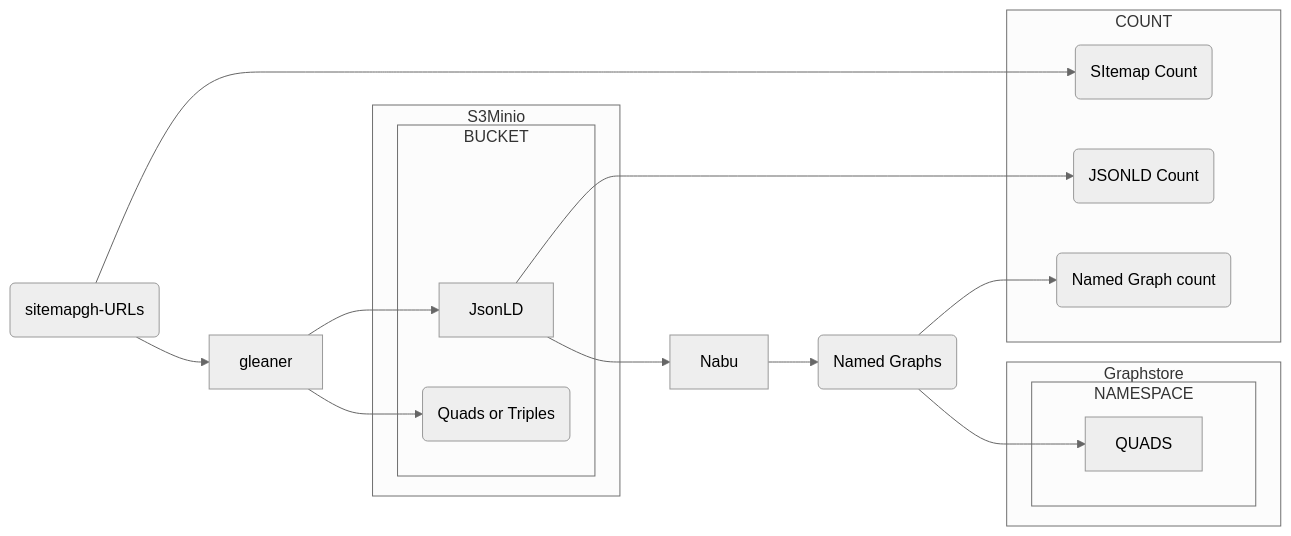
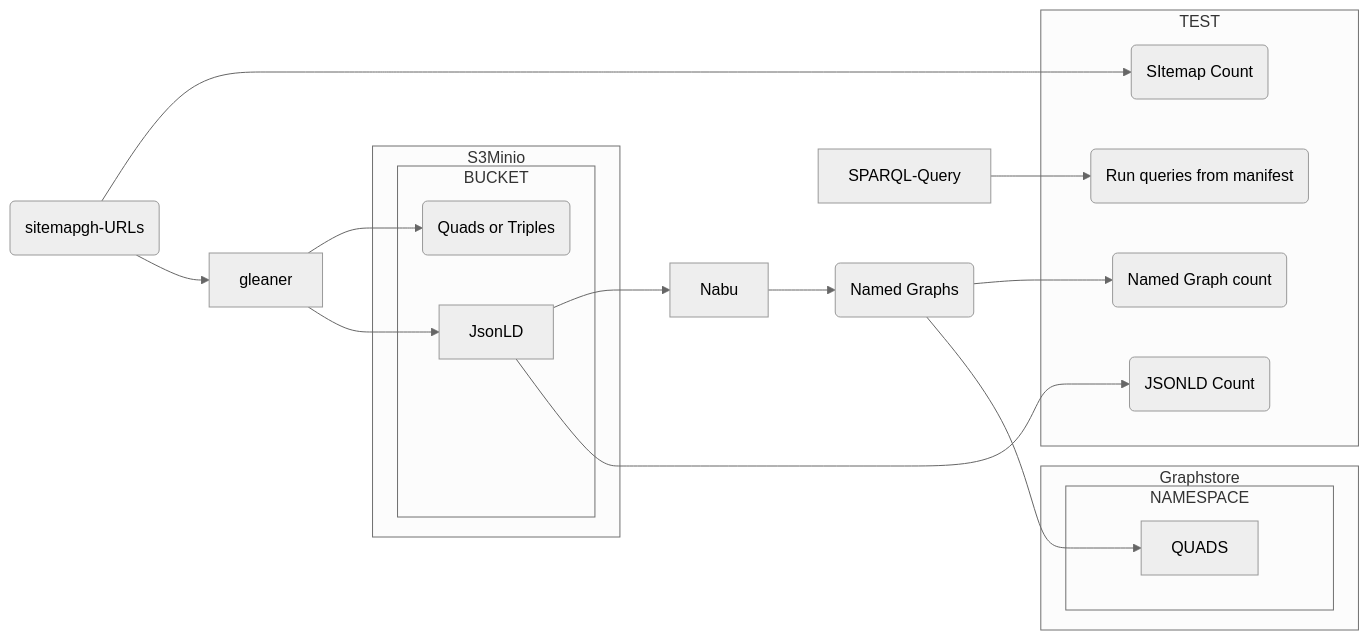
Before and after one commit to MBcode/ec: the first of 4 diagrams in test/readme.md, drawn with Mermaid (neutral theme). The commit also changed other lines of this file, not shown here.

Commit message:
reorganize. Test descriptions first

````diff
--- a/test/readme.md
+++ b/test/readme.md
@@ -36,25 +41,27 @@
 ```mermaid
 flowchart LR
    subgraph S3Minio 
       subgraph BUCKET 
          JsonLD
          RDF(Quads or Triples)
       end
    end
   SG(sitemapgh-URLs) --> gleaner  --> JsonLD 
   gleaner  --> RDF 
   SG(sitemapgh-URLs) --> SMC( SItemap Count )
-  subgraph COUNT
+  subgraph TEST
     GLNRCOUNT(JSONLD Count)
     SMC( SItemap Count )
     GSGraphCOUNT(Named Graph count) 
+    DLQUERY(Run queries from manifest ) 
   end
   JsonLD --> GLNRCOUNT
   subgraph Graphstore  
       subgraph NAMESPACE 
          QUADS
       end
    end     
   JsonLD --> Nabu --> NGRPH(Named Graphs) --> QUADS
   NGRPH --> GSGraphCOUNT
+  SPARQL-Query --> DLQUERY
 ```
````
